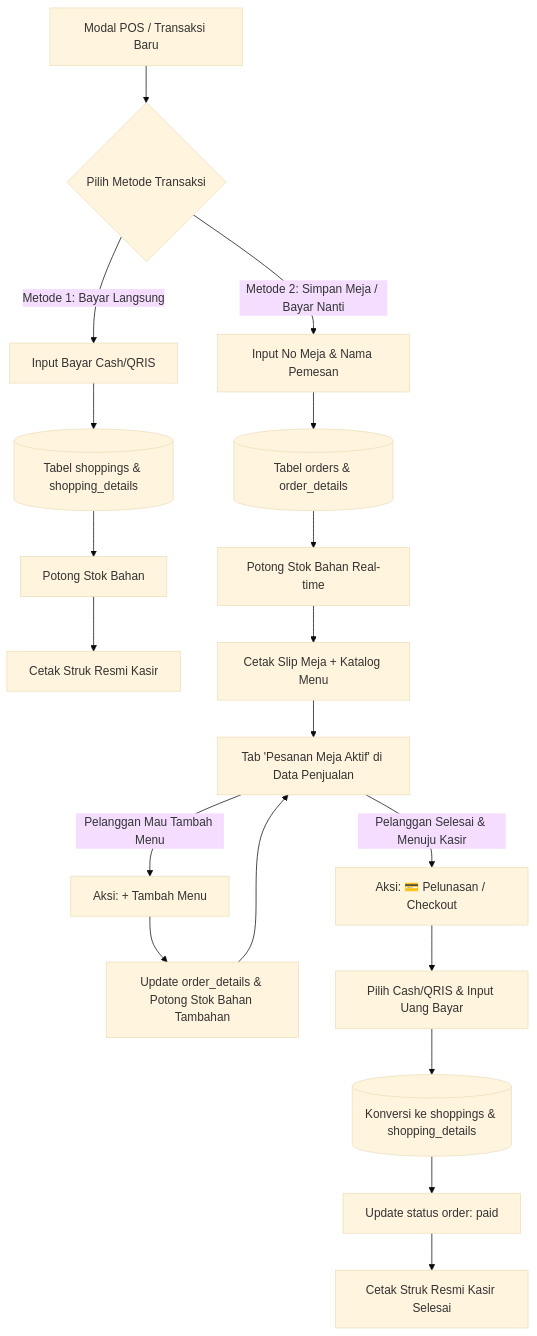
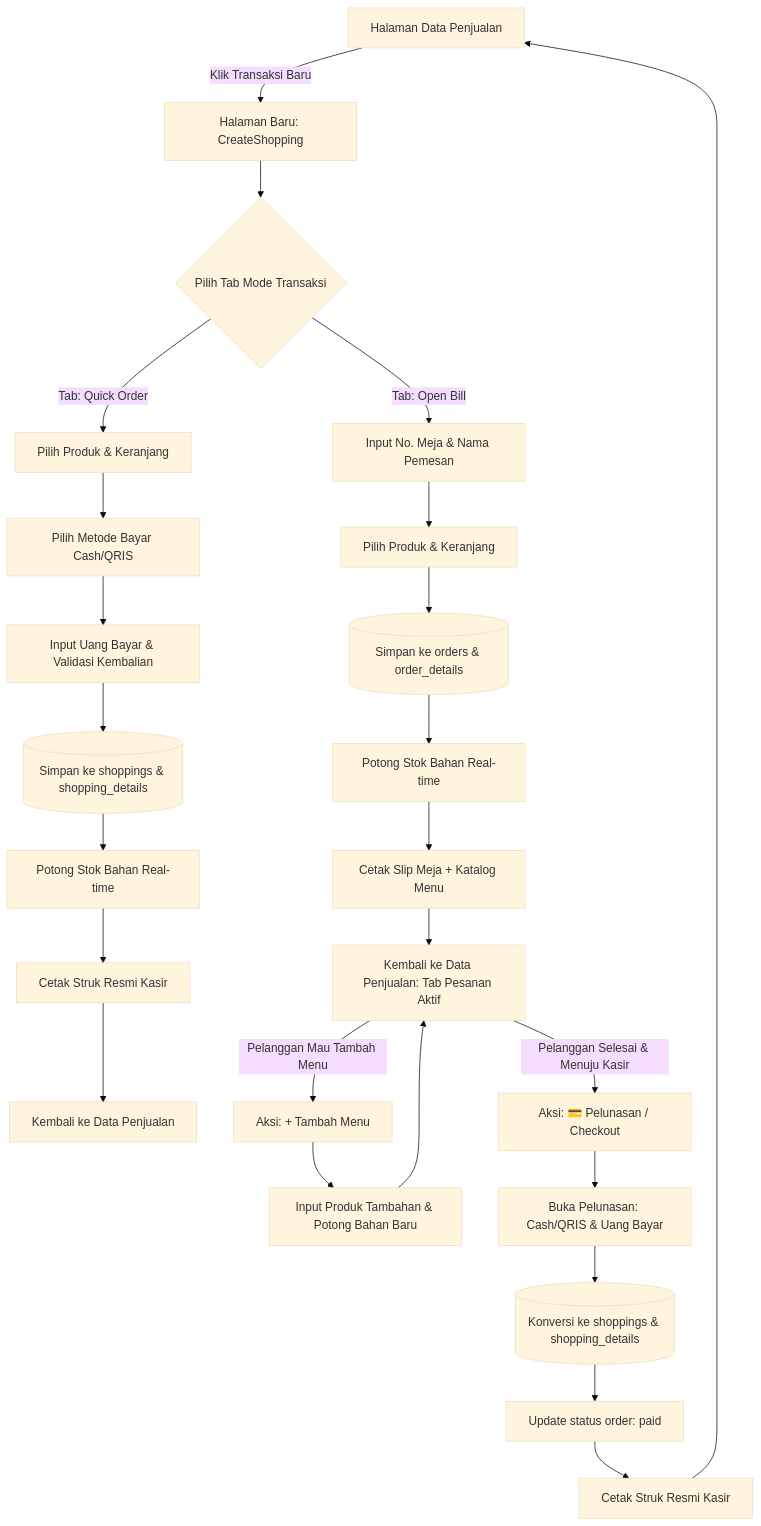
The diagram in docs/tasks/plan-open-bill-and-quick-order.md (rizkychandra22/Kasir-App), drawn with Mermaid (base theme) before and after one commit. The commit also changed other lines of this file, not shown here.

Commit message:
docs: update implementation plan for open bill and quick order features

````diff
--- a/docs/tasks/plan-open-bill-and-quick-order.md
+++ b/docs/tasks/plan-open-bill-and-quick-order.md
@@ -29,24 +34,32 @@
 ```mermaid
 graph TD
-    A[Modal POS / Transaksi Baru] --> B{Pilih Metode Transaksi}
-    B -->|Metode 1: Bayar Langsung| C[Input Bayar Cash/QRIS]
-    C --> D[(Tabel shoppings & shopping_details)]
-    D --> E[Potong Stok Bahan]
-    E --> F[Cetak Struk Resmi Kasir]
+    A[Halaman Data Penjualan] -->|Klik Transaksi Baru| B[Halaman Baru: CreateShopping]
+    
+    B --> C{Pilih Tab Mode Transaksi}
+    
+    C -->|Tab: Quick Order| D[Pilih Produk & Keranjang]
+    D --> E[Pilih Metode Bayar Cash/QRIS]
+    E --> F[Input Uang Bayar & Validasi Kembalian]
+    F --> G[(Simpan ke shoppings & shopping_details)]
+    G --> H[Potong Stok Bahan Real-time]
+    H --> I[Cetak Struk Resmi Kasir]
+    I --> J[Kembali ke Data Penjualan]
 
-    B -->|Metode 2: Simpan Meja / Bayar Nanti| G[Input No Meja & Nama Pemesan]
-    G --> H[(Tabel orders & order_details)]
-    H --> I[Potong Stok Bahan Real-time]
-    I --> J[Cetak Slip Meja + Katalog Menu]
-    J --> K[Tab 'Pesanan Meja Aktif' di Data Penjualan]
+    C -->|Tab: Open Bill| K[Input No. Meja & Nama Pemesan]
+    K --> L[Pilih Produk & Keranjang]
+    L --> M[(Simpan ke orders & order_details)]
+    M --> N[Potong Stok Bahan Real-time]
+    N --> O[Cetak Slip Meja + Katalog Menu]
+    O --> P[Kembali ke Data Penjualan: Tab Pesanan Aktif]
 
-    K -->|Pelanggan Mau Tambah Menu| L[Aksi: + Tambah Menu]
-    L --> M[Update order_details & Potong Stok Bahan Tambahan]
-    M --> K
+    P -->|Pelanggan Mau Tambah Menu| Q[Aksi: + Tambah Menu]
+    Q --> R[Input Produk Tambahan & Potong Bahan Baru]
+    R --> P
 
-    K -->|Pelanggan Selesai & Menuju Kasir| N[Aksi: 💳 Pelunasan / Checkout]
-    N --> O[Pilih Cash/QRIS & Input Uang Bayar]
-    O --> P[(Konversi ke shoppings & shopping_details)]
-    P --> Q[Update status order: paid]
-    Q --> R[Cetak Struk Resmi Kasir Selesai]
+    P -->|Pelanggan Selesai & Menuju Kasir| S[Aksi: 💳 Pelunasan / Checkout]
+    S --> T[Buka Pelunasan: Cash/QRIS & Uang Bayar]
+    T --> U[(Konversi ke shoppings & shopping_details)]
+    U --> V[Update status order: paid]
+    V --> W[Cetak Struk Resmi Kasir]
+    W --> A
 ```
````
